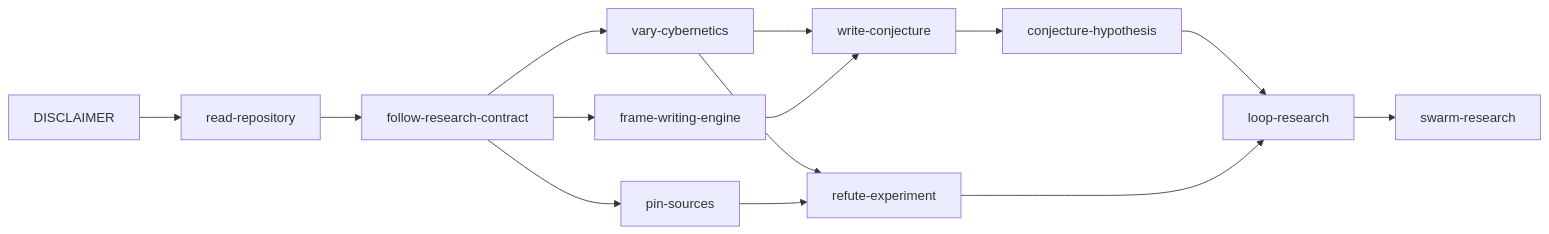
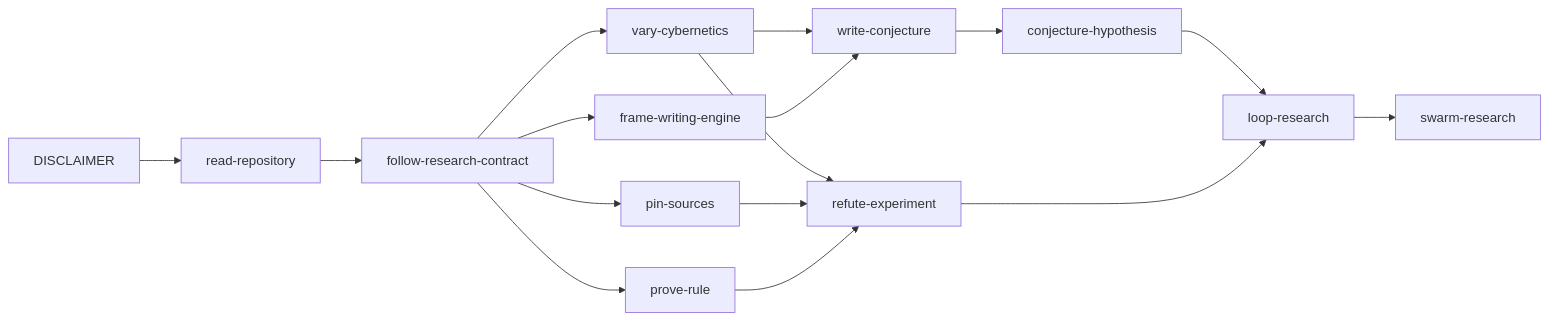
The diagram in docs/read-repository.md (wetware-hq/popper), drawn with Mermaid before and after one commit. The commit also changed other lines of this file and 7 other files, not shown here.

````diff
--- a/docs/read-repository.md
+++ b/docs/read-repository.md
@@ -48,16 +49,18 @@
 ```mermaid { type: notebook.cell }
 flowchart LR
     D[DISCLAIMER] --> R[read-repository]
     R --> C[follow-research-contract]
     C --> P[pin-sources]
     C --> V[vary-cybernetics]
     V --> W[write-conjecture]
     C --> F[frame-writing-engine]
     F --> W
     W --> H[conjecture-hypothesis]
     V --> E[refute-experiment]
     P --> E
+    C --> X[prove-rule]
+    X --> E
     H --> L[loop-research]
     E --> L
     L --> S[swarm-research]
 ```
````
